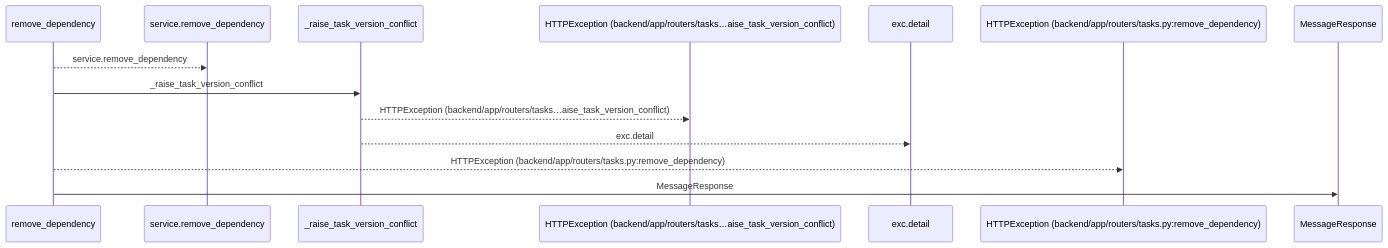
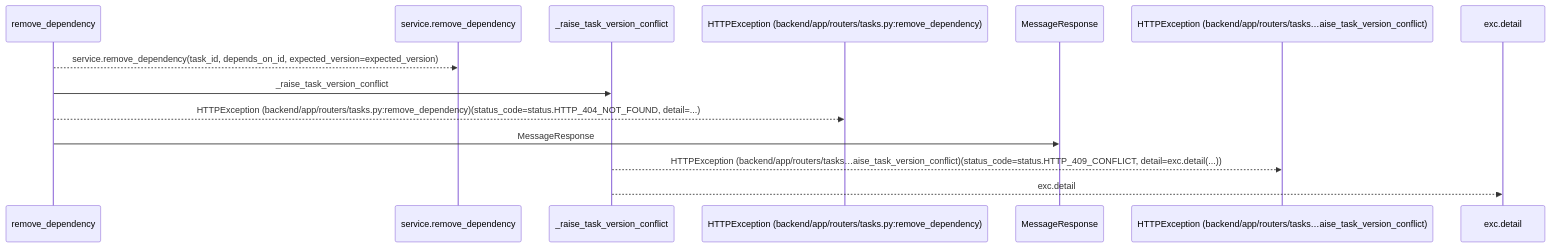
One commit to Denissvgn/WorkChord changed the first of 2 diagrams in docs/llm_wiki/flows/http-remove_dependency.md. Above: the diagram before and after it, drawn with Mermaid. The commit also changed other lines of this file and 25171 other files, not shown here.

````diff
--- a/docs/llm_wiki/flows/http-remove_dependency.md
+++ b/docs/llm_wiki/flows/http-remove_dependency.md
@@ -10,16 +12,16 @@
 ```mermaid
 sequenceDiagram
     participant p0 as remove_dependency
     participant p1 as service.remove_dependency
     participant p2 as _raise_task_version_conflict
-    participant p3 as HTTPException (backend/app/routers/tasks…aise_task_version_conflict)
-    participant p4 as exc.detail
-    participant p5 as HTTPException (backend/app/routers/tasks.py:remove_dependency)
-    participant p6 as MessageResponse
-    p0-->>p1: service.remove_dependency
+    participant p3 as HTTPException (backend/app/routers/tasks.py:remove_dependency)
+    participant p4 as MessageResponse
+    participant p5 as HTTPException (backend/app/routers/tasks…aise_task_version_conflict)
+    participant p6 as exc.detail
+    p0-->>p1: service.remove_dependency(task_id, depends_on_id, expected_version=expected_version)
     p0->>p2: _raise_task_version_conflict
-    p2-->>p3: HTTPException (backend/app/routers/tasks…aise_task_version_conflict)
-    p2-->>p4: exc.detail
-    p0-->>p5: HTTPException (backend/app/routers/tasks.py:remove_dependency)
-    p0->>p6: MessageResponse
+    p0-->>p3: HTTPException (backend/app/routers/tasks.py:remove_dependency)(status_code=status.HTTP_404_NOT_FOUND, detail=...)
+    p0->>p4: MessageResponse
+    p2-->>p5: HTTPException (backend/app/routers/tasks…aise_task_version_conflict)(status_code=status.HTTP_409_CONFLICT, detail=exc.detail(...))
+    p2-->>p6: exc.detail
 ```
````
